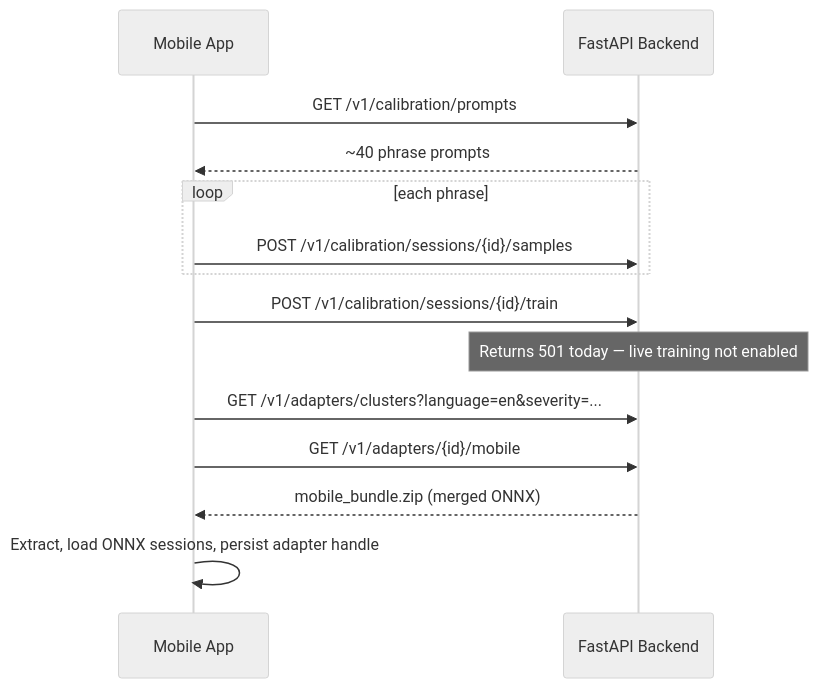
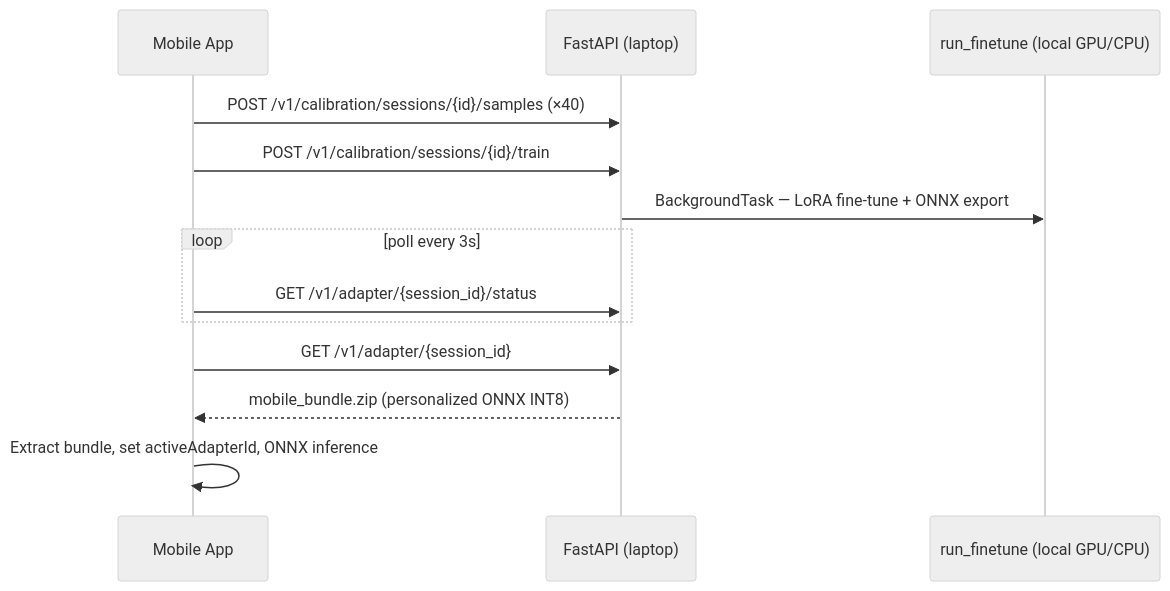
One commit to Anushka13-bit/Vaani changed the fourth of 4 diagrams in README.md. Above: the diagram before and after it, drawn with Mermaid (neutral theme). The commit also changed other lines of this file and 21 other files, not shown here.

First line of the commit message:
Implement local calibration fine-tune pipeline and update setup docs.

````diff
--- a/README.md
+++ b/README.md
@@ -156,17 +157,16 @@
 ```mermaid
 sequenceDiagram
     participant App as Mobile App
-    participant API as FastAPI Backend
+    participant API as FastAPI (laptop)
+    participant Train as run_finetune (local GPU/CPU)
 
-    App->>API: GET /v1/calibration/prompts
-    API-->>App: ~40 phrase prompts
-    loop each phrase
-        App->>API: POST /v1/calibration/sessions/{id}/samples
+    App->>API: POST /v1/calibration/sessions/{id}/samples (×40)
+    App->>API: POST /v1/calibration/sessions/{id}/train
+    API->>Train: BackgroundTask — LoRA fine-tune + ONNX export
+    loop poll every 3s
+        App->>API: GET /v1/adapter/{session_id}/status
     end
-    App->>API: POST /v1/calibration/sessions/{id}/train
-    Note over API: Returns 501 today — live training not enabled
-    App->>API: GET /v1/adapters/clusters?language=en&severity=...
-    App->>API: GET /v1/adapters/{id}/mobile
-    API-->>App: mobile_bundle.zip (merged ONNX)
-    App->>App: Extract, load ONNX sessions, persist adapter handle
+    App->>API: GET /v1/adapter/{session_id}
+    API-->>App: mobile_bundle.zip (personalized ONNX INT8)
+    App->>App: Extract bundle, set activeAdapterId, ONNX inference
 ```
````
